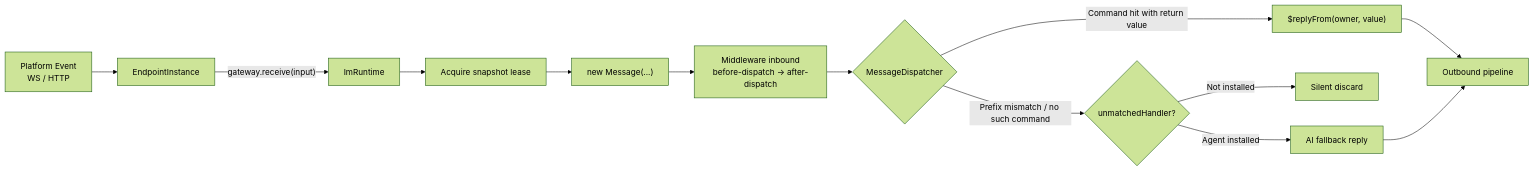
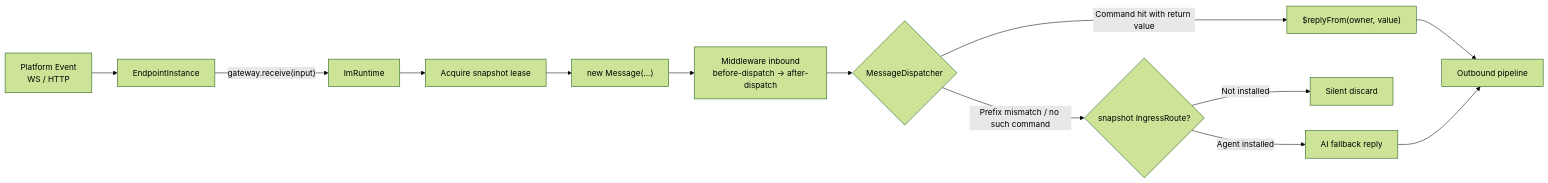
Before and after one commit to zhinjs/zhin: the first of 2 diagrams in docs/en/concepts/message-flow.md, drawn with Mermaid (forest theme). The commit also changed other lines of this file and 11 other files, not shown here.

````diff
--- a/docs/en/concepts/message-flow.md
+++ b/docs/en/concepts/message-flow.md
@@ -7,15 +7,15 @@
 ```mermaid
 flowchart LR
     P[Platform Event<br/>WS / HTTP] --> E[EndpointInstance]
     E -->|"gateway.receive(input)"| G[ImRuntime]
     G --> L[Acquire snapshot lease]
     L --> M["new Message(...)"]
     M --> MW["Middleware inbound<br/>before-dispatch -> after-dispatch"]
     MW --> D{MessageDispatcher}
-    D -->|"Prefix mismatch / no such command"| U{unmatchedHandler?}
+    D -->|"Prefix mismatch / no such command"| U{snapshot IngressRoute?}
     U -->|"Agent installed"| AI[AI fallback reply]
     U -->|"Not installed"| N[Silent discard]
     D -->|"Command hit with return value"| R["$replyFrom(owner, value)"]
     R --> O[Outbound pipeline]
     AI --> O
 ```
````
